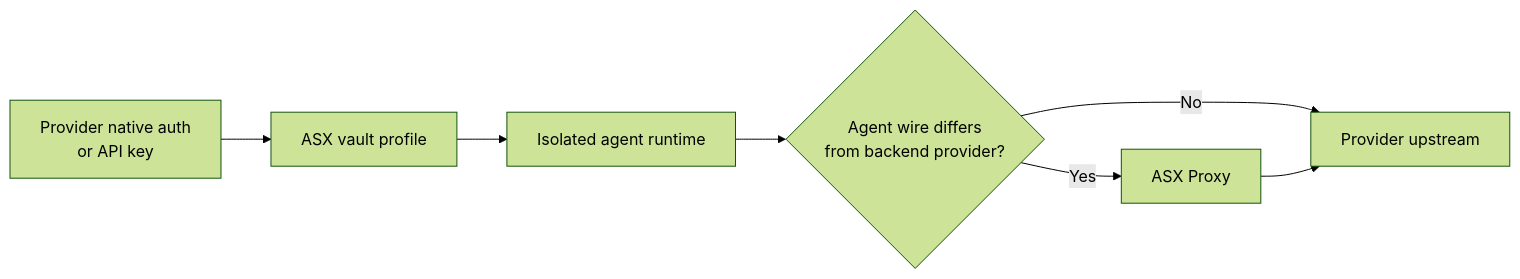
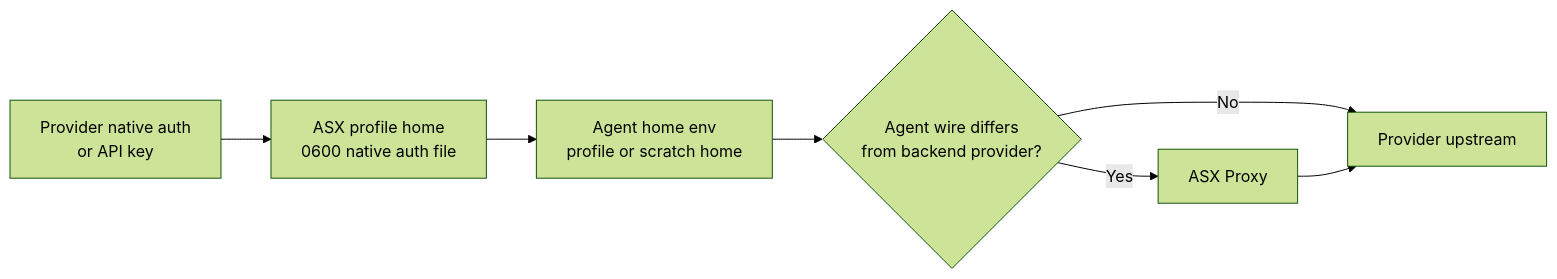
Before and after one commit to enif-lee/asx: the first of 9 diagrams in ARCHITECTURE.md, drawn with Mermaid (forest theme). The commit also changed other lines of this file and 15 other files, not shown here.

````diff
--- a/ARCHITECTURE.md
+++ b/ARCHITECTURE.md
@@ -7,13 +7,13 @@
 ```mermaid
 flowchart LR
   Native["Provider native auth<br/>or API key"]
-  Vault["ASX vault profile"]
-  Runtime["Isolated agent runtime"]
+  ProfileHome["ASX profile home<br/>0600 native auth file"]
+  AgentHome["Agent home env<br/>profile or scratch home"]
   Proxy{"Agent wire differs<br/>from backend provider?"}
   Direct["Provider upstream"]
   AsxProxy["ASX Proxy"]
 
-  Native --> Vault --> Runtime --> Proxy
+  Native --> ProfileHome --> AgentHome --> Proxy
   Proxy -- "No" --> Direct
   Proxy -- "Yes" --> AsxProxy --> Direct
 ```
````
